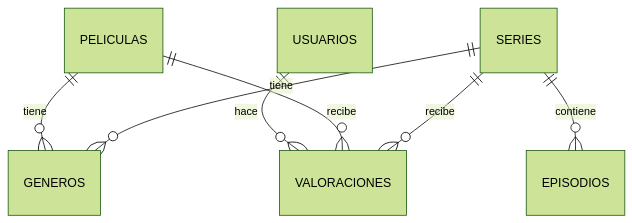
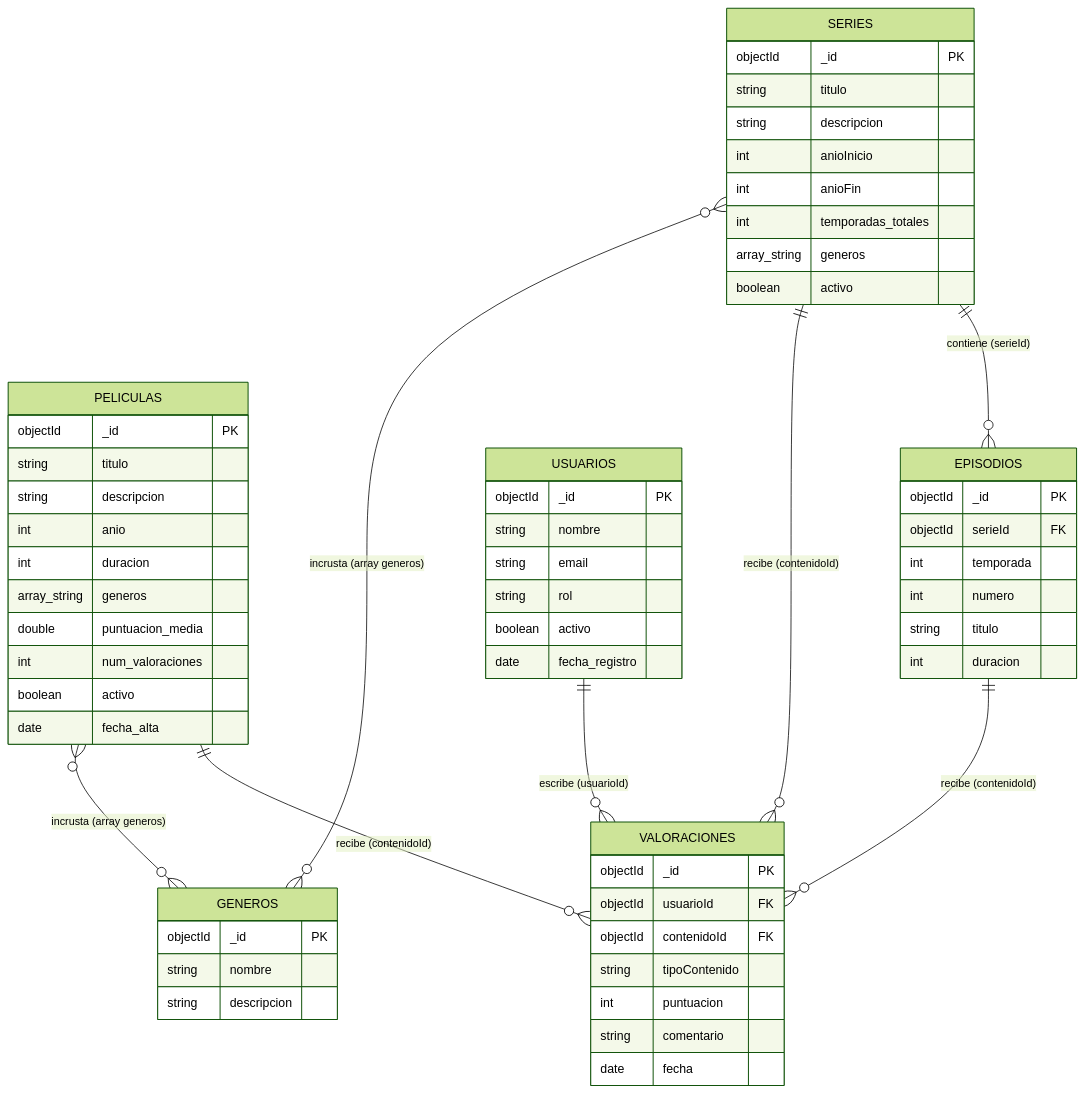
One commit to aandresb01/entregas_sbd changed the diagram in UT2/p1_alejandroandres/docs/modelo.md. Above: the diagram before and after it, drawn with Mermaid (forest theme). The commit also changed 12 other files, not shown here.

````diff
--- a/UT2/p1_alejandroandres/docs/modelo.md
+++ b/UT2/p1_alejandroandres/docs/modelo.md
@@ -5,9 +5,68 @@
 ```mermaid
 erDiagram
-    PELICULAS ||--o{ GENEROS : "tiene"
-    SERIES ||--o{ GENEROS : "tiene"
-    SERIES ||--o{ EPISODIOS : "contiene"
-    USUARIOS ||--o{ VALORACIONES : "hace"
-    PELICULAS ||--o{ VALORACIONES : "recibe"
-    SERIES ||--o{ VALORACIONES : "recibe"
+    PELICULAS {
+        objectId _id PK
+        string titulo
+        string descripcion
+        int anio
+        int duracion
+        array_string generos
+        double puntuacion_media
+        int num_valoraciones
+        boolean activo
+        date fecha_alta
+    }
+
+    SERIES {
+        objectId _id PK
+        string titulo
+        string descripcion
+        int anioInicio
+        int anioFin
+        int temporadas_totales
+        array_string generos
+        boolean activo
+    }
+
+    EPISODIOS {
+        objectId _id PK
+        objectId serieId FK
+        int temporada
+        int numero
+        string titulo
+        int duracion
+    }
+
+    USUARIOS {
+        objectId _id PK
+        string nombre
+        string email
+        string rol
+        boolean activo
+        date fecha_registro
+    }
+
+    VALORACIONES {
+        objectId _id PK
+        objectId usuarioId FK
+        objectId contenidoId FK
+        string tipoContenido
+        int puntuacion
+        string comentario
+        date fecha
+    }
+
+    GENEROS {
+        objectId _id PK
+        string nombre
+        string descripcion
+    }
+
+    SERIES ||--o{ EPISODIOS : "contiene (serieId)"
+    USUARIOS ||--o{ VALORACIONES : "escribe (usuarioId)"
+    PELICULAS ||--o{ VALORACIONES : "recibe (contenidoId)"
+    SERIES ||--o{ VALORACIONES : "recibe (contenidoId)"
+    EPISODIOS ||--o{ VALORACIONES : "recibe (contenidoId)"
+    PELICULAS }o--o{ GENEROS : "incrusta (array generos)"
+    SERIES }o--o{ GENEROS : "incrusta (array generos)"
 ```
````
